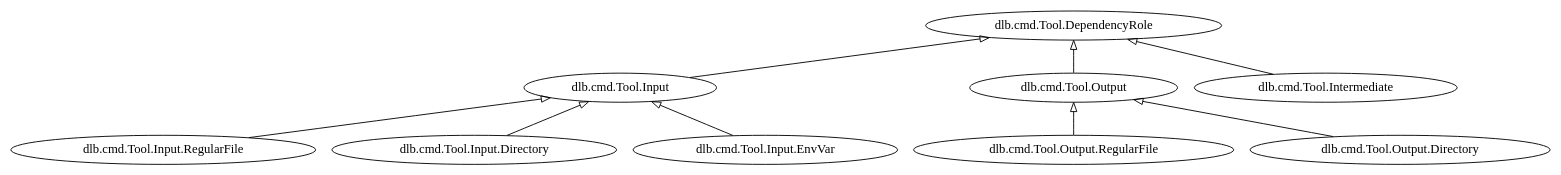
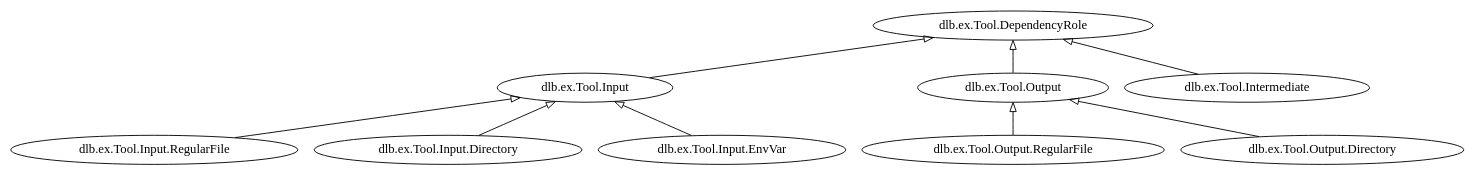
The second of 2 diagrams in doc/cmd_tool.rst (dlu-ch/dlb), drawn with Graphviz before and after one commit. The commit also changed other lines of this file and 14 other files, not shown here.

Commit message:
Rename module dlb.cmd to dlb.ex

```diff
--- a/doc/cmd_tool.rst
+++ b/doc/cmd_tool.rst
@@ -129,18 +129,18 @@
 .. graphviz::
 
    digraph foo {
        graph [rankdir=BT];
        node [height=0.25];
        edge [arrowhead=empty];
 
-       "dlb.cmd.Tool.Input.RegularFile" -> "dlb.cmd.Tool.Input";
-       "dlb.cmd.Tool.Input.Directory" -> "dlb.cmd.Tool.Input";
-       "dlb.cmd.Tool.Input.EnvVar" -> "dlb.cmd.Tool.Input";
+       "dlb.ex.Tool.Input.RegularFile" -> "dlb.ex.Tool.Input";
+       "dlb.ex.Tool.Input.Directory" -> "dlb.ex.Tool.Input";
+       "dlb.ex.Tool.Input.EnvVar" -> "dlb.ex.Tool.Input";
 
-       "dlb.cmd.Tool.Output.RegularFile" -> "dlb.cmd.Tool.Output";
-       "dlb.cmd.Tool.Output.Directory" -> "dlb.cmd.Tool.Output";
+       "dlb.ex.Tool.Output.RegularFile" -> "dlb.ex.Tool.Output";
+       "dlb.ex.Tool.Output.Directory" -> "dlb.ex.Tool.Output";
 
-       "dlb.cmd.Tool.Input" -> "dlb.cmd.Tool.DependencyRole";
-       "dlb.cmd.Tool.Intermediate" -> "dlb.cmd.Tool.DependencyRole";
-       "dlb.cmd.Tool.Output" -> "dlb.cmd.Tool.DependencyRole";
+       "dlb.ex.Tool.Input" -> "dlb.ex.Tool.DependencyRole";
+       "dlb.ex.Tool.Intermediate" -> "dlb.ex.Tool.DependencyRole";
+       "dlb.ex.Tool.Output" -> "dlb.ex.Tool.DependencyRole";
    }
```
